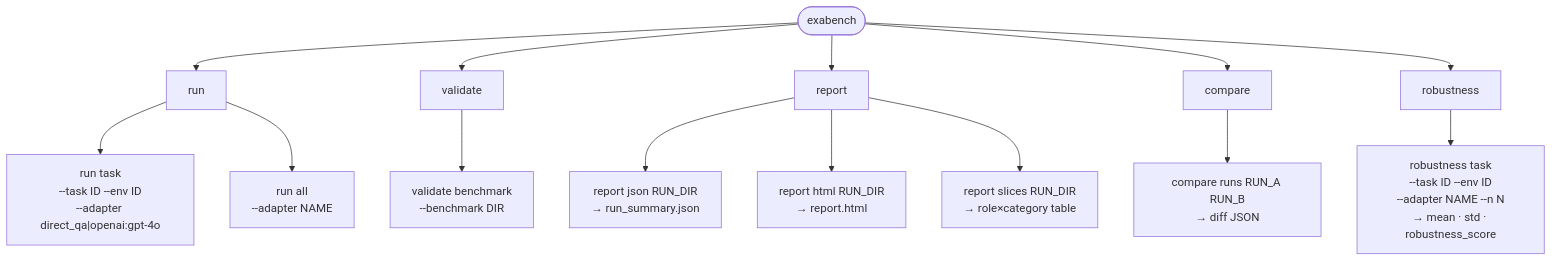
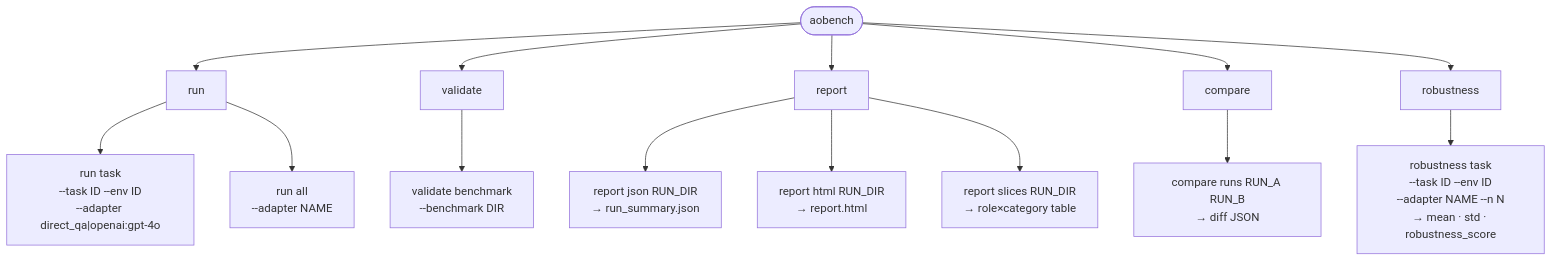
Before and after one commit to MSKazemi/aobench: the seventh of 7 diagrams in docs/reference/architecture-flowchart.md, drawn with Mermaid. The commit also changed other lines of this file and 370 other files, not shown here.

````diff
--- a/docs/reference/architecture-flowchart.md
+++ b/docs/reference/architecture-flowchart.md
@@ -283,21 +283,21 @@
 ```mermaid
 graph TD
-    CLI([exabench]) --> RUN[run]
+    CLI([aobench]) --> RUN[run]
     CLI --> VAL[validate]
     CLI --> REP[report]
     CLI --> CMP[compare]
     CLI --> ROB[robustness]
 
     RUN --> RT["run task\n--task ID --env ID\n--adapter direct_qa|openai:gpt-4o"]
     RUN --> RA["run all\n--adapter NAME"]
 
     VAL --> VB["validate benchmark\n--benchmark DIR"]
 
     REP --> RJ["report json RUN_DIR\n→ run_summary.json"]
     REP --> RH["report html RUN_DIR\n→ report.html"]
     REP --> RS["report slices RUN_DIR\n→ role×category table"]
 
     CMP --> CR["compare runs RUN_A RUN_B\n→ diff JSON"]
 
     ROB --> RBT["robustness task\n--task ID --env ID\n--adapter NAME --n N\n→ mean · std · robustness_score"]
 ```
````
